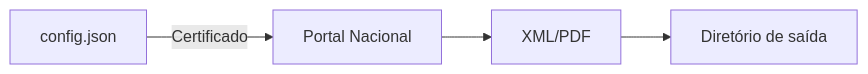
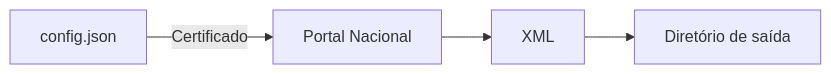
The diagram in README.md (renan20553/baixar_nfse_portal_nacional), drawn with Mermaid before and after one commit. The commit also changed other lines of this file and 13 other files, not shown here.

````diff
--- a/README.md
+++ b/README.md
@@ -31,6 +33,6 @@
 ```mermaid
 flowchart LR
     A[config.json] -->|Certificado| B[Portal Nacional]
-    B --> C[XML/PDF]
+    B --> C[XML]
     C --> D[Diretório de saída]
 ```
````
